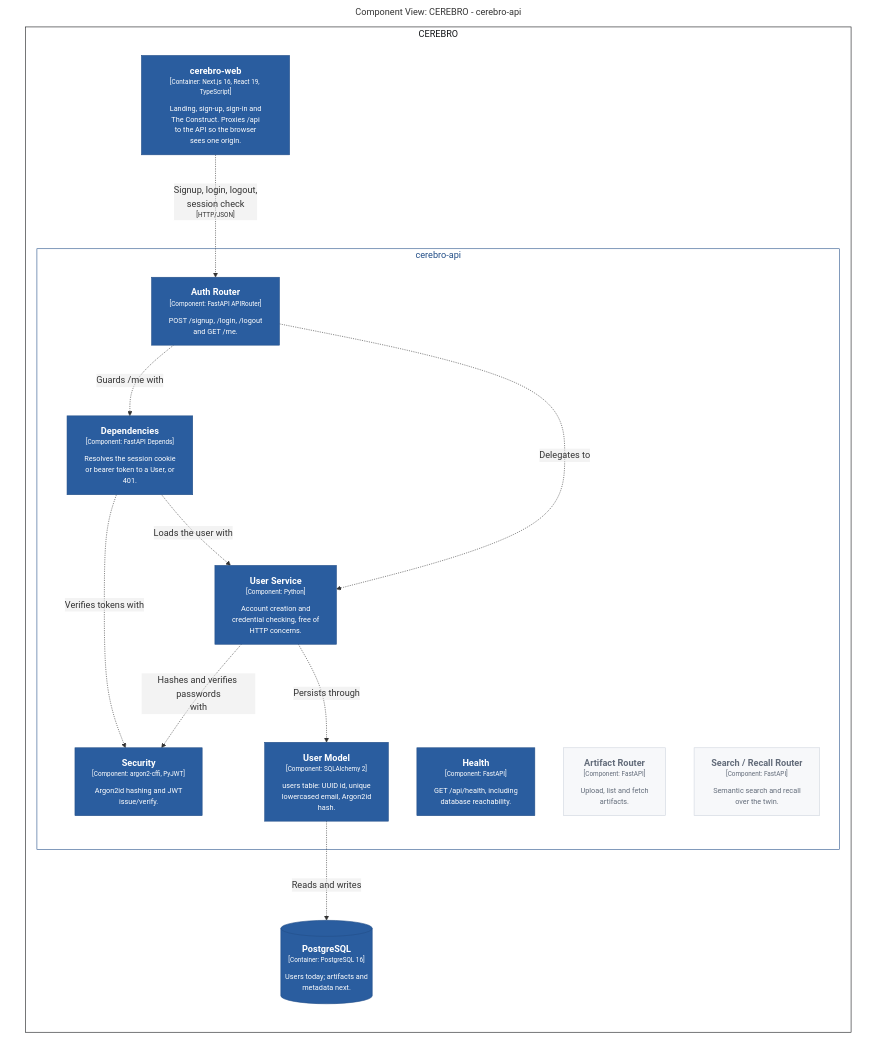
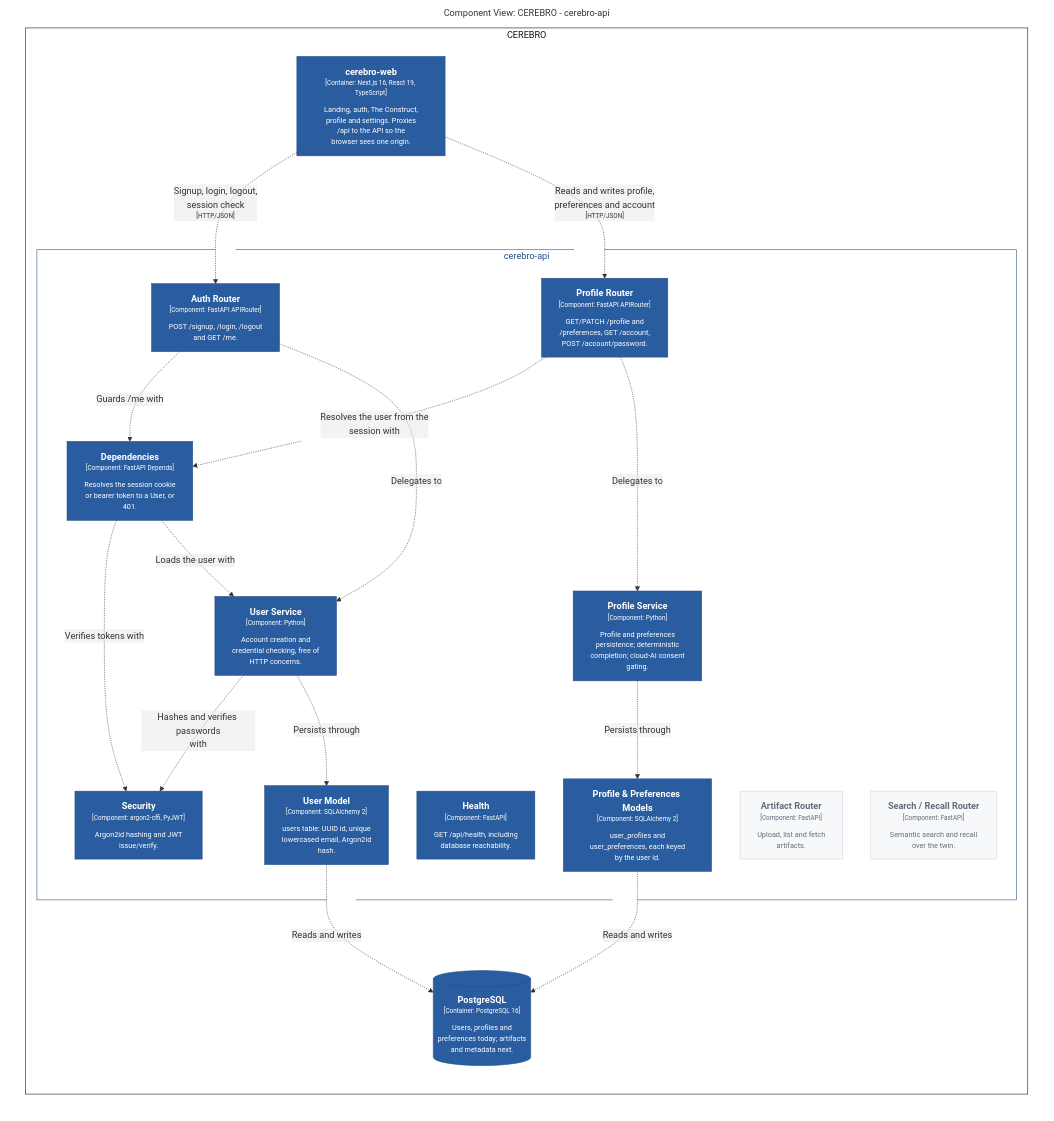
One commit to dizonj-lab/cerebro changed the diagram in architecture/diagrams/ApiComponents.mmd. Above: the diagram before and after it, drawn with Mermaid. The commit also changed 8 other files, not shown here.

First line of the commit message:
docs(architecture): bring the build state up to Phase 1.5

```diff
--- a/architecture/diagrams/ApiComponents.mmd
+++ b/architecture/diagrams/ApiComponents.mmd
@@ -1,46 +1,57 @@
 graph LR
   linkStyle default fill:#ffffff
 
   subgraph diagram ["Component View: CEREBRO - cerebro-api"]
     style diagram fill:#ffffff,stroke:#ffffff
 
     subgraph 2 ["CEREBRO"]
       style 2 fill:#ffffff,stroke:#0e1013,color:#0e1013
 
       subgraph 4 ["cerebro-api"]
         style 4 fill:#ffffff,stroke:#234f88,color:#234f88
 
         10["<div style='font-weight: bold'>Health</div><div style='font-size: 70%; margin-top: 0px'>[Component: FastAPI]</div><div style='font-size: 80%; margin-top:10px'>GET /api/health, including<br />database reachability.</div>"]
         style 10 fill:#2a5d9f,stroke:#234f88,color:#ffffff
-        11["<div style='font-weight: bold'>Artifact Router</div><div style='font-size: 70%; margin-top: 0px'>[Component: FastAPI]</div><div style='font-size: 80%; margin-top:10px'>Upload, list and fetch<br />artifacts.</div>"]
-        style 11 fill:#f7f8fa,stroke:#cfd5de,color:#636c7a
-        12["<div style='font-weight: bold'>Search / Recall Router</div><div style='font-size: 70%; margin-top: 0px'>[Component: FastAPI]</div><div style='font-size: 80%; margin-top:10px'>Semantic search and recall<br />over the twin.</div>"]
-        style 12 fill:#f7f8fa,stroke:#cfd5de,color:#636c7a
+        11["<div style='font-weight: bold'>Profile Router</div><div style='font-size: 70%; margin-top: 0px'>[Component: FastAPI APIRouter]</div><div style='font-size: 80%; margin-top:10px'>GET/PATCH /profile and<br />/preferences, GET /account,<br />POST /account/password.</div>"]
+        style 11 fill:#2a5d9f,stroke:#234f88,color:#ffffff
+        12["<div style='font-weight: bold'>Profile Service</div><div style='font-size: 70%; margin-top: 0px'>[Component: Python]</div><div style='font-size: 80%; margin-top:10px'>Profile and preferences<br />persistence; deterministic<br />completion; cloud-AI consent<br />gating.</div>"]
+        style 12 fill:#2a5d9f,stroke:#234f88,color:#ffffff
+        13["<div style='font-weight: bold'>Profile & Preferences Models</div><div style='font-size: 70%; margin-top: 0px'>[Component: SQLAlchemy 2]</div><div style='font-size: 80%; margin-top:10px'>user_profiles and<br />user_preferences, each keyed<br />by the user id.</div>"]
+        style 13 fill:#2a5d9f,stroke:#234f88,color:#ffffff
+        14["<div style='font-weight: bold'>Artifact Router</div><div style='font-size: 70%; margin-top: 0px'>[Component: FastAPI]</div><div style='font-size: 80%; margin-top:10px'>Upload, list and fetch<br />artifacts.</div>"]
+        style 14 fill:#f7f8fa,stroke:#cfd5de,color:#636c7a
+        15["<div style='font-weight: bold'>Search / Recall Router</div><div style='font-size: 70%; margin-top: 0px'>[Component: FastAPI]</div><div style='font-size: 80%; margin-top:10px'>Semantic search and recall<br />over the twin.</div>"]
+        style 15 fill:#f7f8fa,stroke:#cfd5de,color:#636c7a
         5["<div style='font-weight: bold'>Auth Router</div><div style='font-size: 70%; margin-top: 0px'>[Component: FastAPI APIRouter]</div><div style='font-size: 80%; margin-top:10px'>POST /signup, /login, /logout<br />and GET /me.</div>"]
         style 5 fill:#2a5d9f,stroke:#234f88,color:#ffffff
         6["<div style='font-weight: bold'>Dependencies</div><div style='font-size: 70%; margin-top: 0px'>[Component: FastAPI Depends]</div><div style='font-size: 80%; margin-top:10px'>Resolves the session cookie<br />or bearer token to a User, or<br />401.</div>"]
         style 6 fill:#2a5d9f,stroke:#234f88,color:#ffffff
         7["<div style='font-weight: bold'>User Service</div><div style='font-size: 70%; margin-top: 0px'>[Component: Python]</div><div style='font-size: 80%; margin-top:10px'>Account creation and<br />credential checking, free of<br />HTTP concerns.</div>"]
         style 7 fill:#2a5d9f,stroke:#234f88,color:#ffffff
         8["<div style='font-weight: bold'>Security</div><div style='font-size: 70%; margin-top: 0px'>[Component: argon2-cffi, PyJWT]</div><div style='font-size: 80%; margin-top:10px'>Argon2id hashing and JWT<br />issue/verify.</div>"]
         style 8 fill:#2a5d9f,stroke:#234f88,color:#ffffff
         9["<div style='font-weight: bold'>User Model</div><div style='font-size: 70%; margin-top: 0px'>[Component: SQLAlchemy 2]</div><div style='font-size: 80%; margin-top:10px'>users table: UUID id, unique<br />lowercased email, Argon2id<br />hash.</div>"]
         style 9 fill:#2a5d9f,stroke:#234f88,color:#ffffff
       end
 
-      13[("<div style='font-weight: bold'>PostgreSQL</div><div style='font-size: 70%; margin-top: 0px'>[Container: PostgreSQL 16]</div><div style='font-size: 80%; margin-top:10px'>Users today; artifacts and<br />metadata next.</div>")]
-      style 13 fill:#2a5d9f,stroke:#234f88,color:#ffffff
-      3["<div style='font-weight: bold'>cerebro-web</div><div style='font-size: 70%; margin-top: 0px'>[Container: Next.js 16, React 19, TypeScript]</div><div style='font-size: 80%; margin-top:10px'>Landing, sign-up, sign-in and<br />The Construct. Proxies /api<br />to the API so the browser<br />sees one origin.</div>"]
+      16[("<div style='font-weight: bold'>PostgreSQL</div><div style='font-size: 70%; margin-top: 0px'>[Container: PostgreSQL 16]</div><div style='font-size: 80%; margin-top:10px'>Users, profiles and<br />preferences today; artifacts<br />and metadata next.</div>")]
+      style 16 fill:#2a5d9f,stroke:#234f88,color:#ffffff
+      3["<div style='font-weight: bold'>cerebro-web</div><div style='font-size: 70%; margin-top: 0px'>[Container: Next.js 16, React 19, TypeScript]</div><div style='font-size: 80%; margin-top:10px'>Landing, auth, The Construct,<br />profile and settings. Proxies<br />/api to the API so the<br />browser sees one origin.</div>"]
       style 3 fill:#2a5d9f,stroke:#234f88,color:#ffffff
     end
 
     3-. "<div>Signup, login, logout,<br />session check</div><div style='font-size: 70%'>[HTTP/JSON]</div>" .->5
+    3-. "<div>Reads and writes profile,<br />preferences and account</div><div style='font-size: 70%'>[HTTP/JSON]</div>" .->11
     5-. "<div>Guards /me with</div><div style='font-size: 70%'></div>" .->6
+    11-. "<div>Resolves the user from the<br />session with</div><div style='font-size: 70%'></div>" .->6
+    11-. "<div>Delegates to</div><div style='font-size: 70%'></div>" .->12
+    12-. "<div>Persists through</div><div style='font-size: 70%'></div>" .->13
+    13-. "<div>Reads and writes</div><div style='font-size: 70%'></div>" .->16
     5-. "<div>Delegates to</div><div style='font-size: 70%'></div>" .->7
     6-. "<div>Verifies tokens with</div><div style='font-size: 70%'></div>" .->8
     6-. "<div>Loads the user with</div><div style='font-size: 70%'></div>" .->7
     7-. "<div>Hashes and verifies passwords<br />with</div><div style='font-size: 70%'></div>" .->8
     7-. "<div>Persists through</div><div style='font-size: 70%'></div>" .->9
-    9-. "<div>Reads and writes</div><div style='font-size: 70%'></div>" .->13
+    9-. "<div>Reads and writes</div><div style='font-size: 70%'></div>" .->16
 
   end
```
